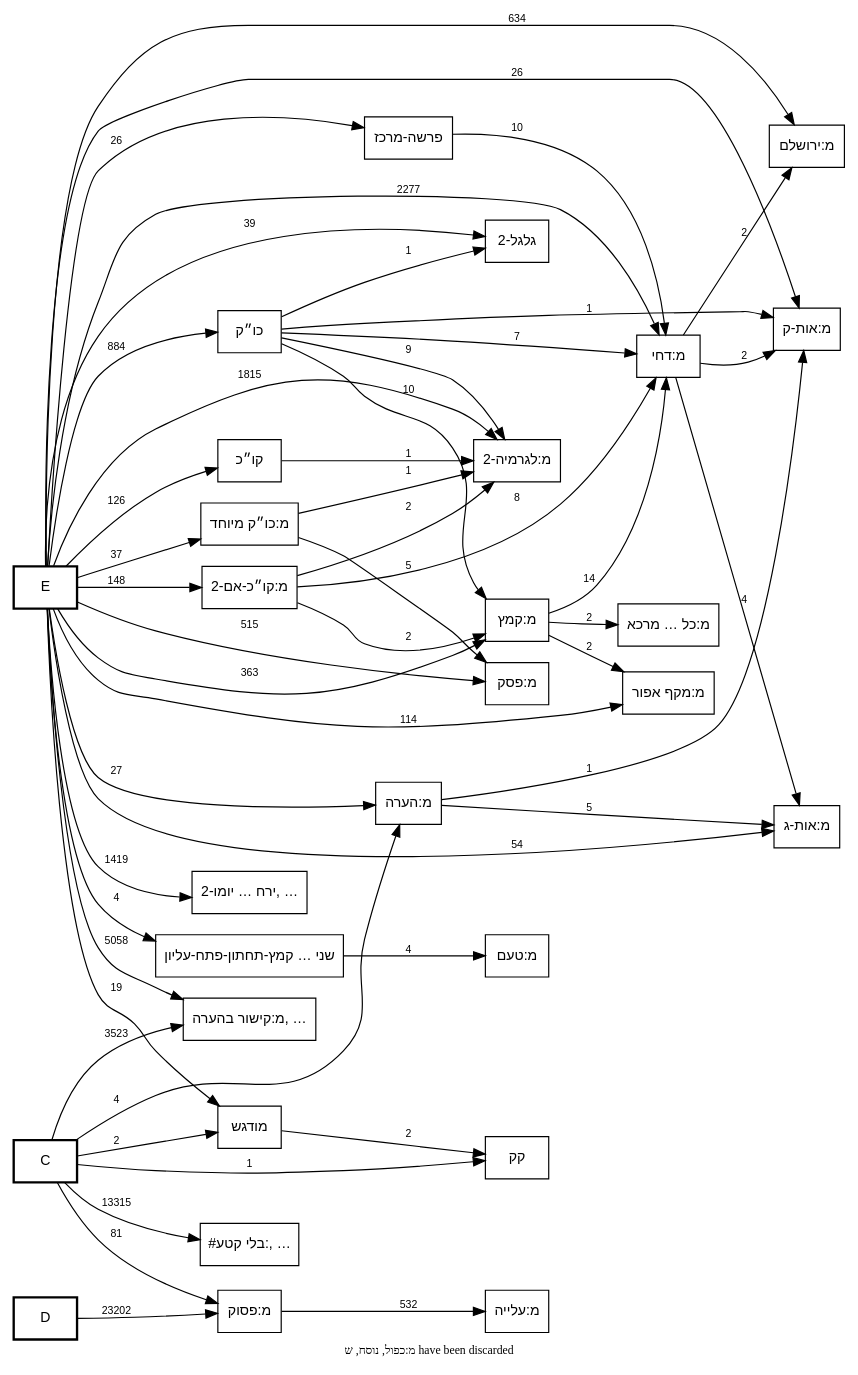
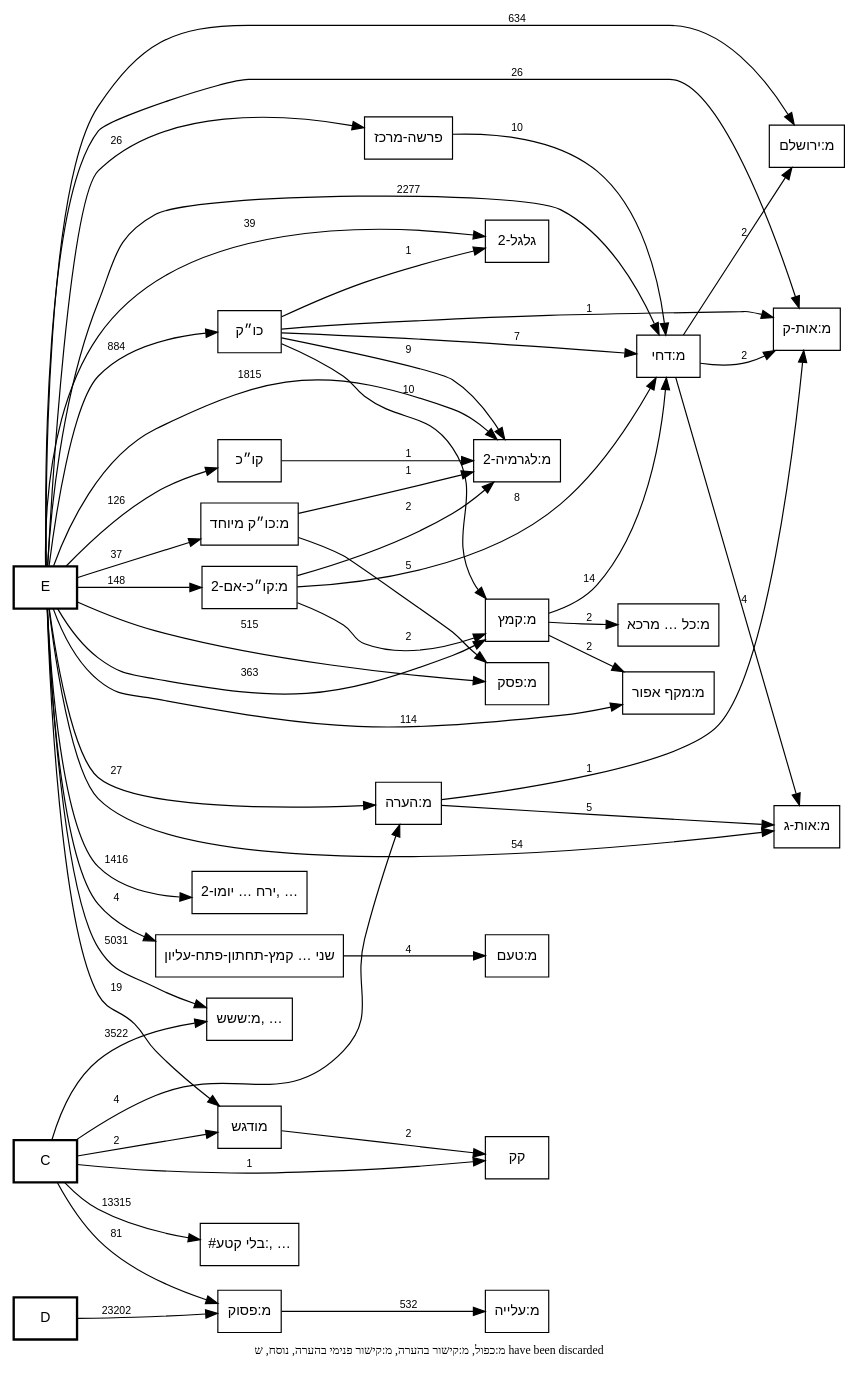
One commit to bdenckla/MAM-basics changed the diagram in out/MAM-tmpl-survey/plain-call-graph.dot. Above: the diagram before and after it, drawn with Graphviz. The commit also changed 5 other files, not shown here.

First line of the commit message:
Refine template-survey graph pruning to strict נוסח arg2-only leaf templates

```diff
--- a/out/MAM-tmpl-survey/plain-call-graph.dot
+++ b/out/MAM-tmpl-survey/plain-call-graph.dot
@@ -1,153 +1,151 @@
 digraph template_call_graph {
     rankdir=LR;
     node [fontname="SBL Hebrew,Helvetica", fontsize=12];
     edge [fontname="Helvetica", fontsize=9];
 
     // Column nodes
     node [shape=box, style=bold];
     "C";
     "D";
     "E";
 
     // Template nodes
     node [shape=box, style=""];
     "#בלי קטע:, …" [tooltip="#בלי קטע:
 #בלי קטע:דברי הימים א טז/טעמים
 #בלי קטע:דברים לב/טעמים
 #בלי קטע:יהושע יב/טעמים
 #בלי קטע:מלכי כנען/צורת השיר
 #בלי קטע:עשרת בני המן/צורת השיר
 #בלי קטע:שופטים ה/טעמים
 #בלי קטע:שירת אסף/צורת השיר
 #בלי קטע:שירת דבורה/צורת השיר
 #בלי קטע:שירת דוד/צורת השיר
 #בלי קטע:שירת האזינו/צורת השיר
 #בלי קטע:שירת הים/צורת השיר
 #בלי קטע:שירת העתים/צורת השיר
 #בלי קטע:שמואל ב כב/טעמים
 #בלי קטע:שמות טו/טעמים
 #קטע:אסתר ט/טעמים
 #קטע:דברי הימים א טז/טעמים
 #קטע:דברים לב/טעמים
 #קטע:יהושע יב/טעמים
 #קטע:מלכי כנען/צורות נוספות
 #קטע:מלכי כנען/צורת השיר
 #קטע:עשרת בני המן/צורות נוספות
 #קטע:עשרת בני המן/צורת השיר
 #קטע:עשרת הדברות בסיס/טעמים
 #קטע:עשרת הדברות/טעמים
 #קטע:קהלת ג/טעמים
 #קטע:שירת אסף/צורות נוספות
 #קטע:שירת אסף/צורת השיר
 #קטע:שירת דבורה/צורות נוספות
 #קטע:שירת דבורה/צורת השיר
 #קטע:שירת דוד/צורות נוספות
 #קטע:שירת דוד/צורת השיר
 #קטע:שירת האזינו/צורות נוספות
 #קטע:שירת האזינו/צורת השיר
 #קטע:שירת הים/צורות נוספות
 #קטע:שירת הים/צורת השיר
 #קטע:שירת העתים/צורות נוספות
 #קטע:שירת העתים/צורת השיר
 #קטע:שמות טו/טעמים
 בסיס-משתמש
 טעמי המקרא באינטרנט
 מ:אין פרשה בתחילת פרק
 מ:אין פרשה בתחילת פרק בספרי אמ״ת
 מ:אין רווח של פרשה בתחילת פרשת השבוע
 מ:טעמי המקרא
 מ:טעמי המקרא-סוף
 מ:יישור-בשני-הצדדים
 מ:יישור-בשני-הצדדים-סוף
 מ:סיום בטוב
 מ:ספר חדש
 מ:רווח בתרי עשר
 מ:רווח בתרי עשר בפסוק הראשון
 מ:רווח לספר בתהלים
 מ:רווח לספר בתהלים בפסוק הראשון
 מ:שוליים
 מ:שוליים-סוף
 ניווט טעמים
 עוגן בשורה
 צורות כתיבה בספרי אמ״ת
 ר4"];
     "ירח … יומו-2, …" [tooltip="ירח בן יומו-2
 כתיב ולא קרי
 מ:אות מנוקדת
 מ:אות תלויה
 מ:גרש ותלישא גדולה
 מ:גרשיים ותלישא גדולה
 מ:טעם ומתג באות אחת
 מ:ירושלמה
 מ:נו״ן הפוכה
 מ:צינור
-מ:קישור פנימי בהערה
 קרי ולא כתיב
 ר0
 ר2
 ר3
 רווח בסוף שורה"];
     "מ:כל קמץ קטן מרכא" [label="מ:כל … מרכא", tooltip="מ:כל קמץ קטן מרכא"];
-    "מ:קישור בהערה, …" [tooltip="מ:קישור בהערה
-מ:ששש
+    "מ:ששש, …" [tooltip="מ:ששש
 סס
 ססס
 פפ
 פפפ
 ר1"];
     "שני טעמים באות אחת קמץ-תחתון-פתח-עליון" [label="שני … קמץ-תחתון-פתח-עליון", tooltip="שני טעמים באות אחת קמץ-תחתון-פתח-עליון"];
 
     // Note
-    graph [label="מ:כפול, נוסח, ש have been discarded", labelloc=b, fontsize=10];
+    graph [label="מ:כפול, מ:קישור בהערה, מ:קישור פנימי בהערה, נוסח, ש have been discarded", labelloc=b, fontsize=10];
 
     // Edges
     "C" -> "#בלי קטע:, …" [label="13315"];
     "C" -> "מ:הערה" [label="4"];
     "C" -> "מ:פסוק" [label="81"];
-    "C" -> "מ:קישור בהערה, …" [label="3523"];
+    "C" -> "מ:ששש, …" [label="3522"];
     "C" -> "מודגש" [label="2"];
     "C" -> "קק" [label="1"];
     "D" -> "מ:פסוק" [label="23202"];
     "E" -> "גלגל-2" [label="39"];
-    "E" -> "ירח … יומו-2, …" [label="1419"];
+    "E" -> "ירח … יומו-2, …" [label="1416"];
     "E" -> "כו״ק" [label="884"];
     "E" -> "מ:אות-ג" [label="54"];
     "E" -> "מ:אות-ק" [label="26"];
     "E" -> "מ:דחי" [label="2277"];
     "E" -> "מ:הערה" [label="27"];
     "E" -> "מ:ירושלם" [label="634"];
     "E" -> "מ:כו״ק מיוחד" [label="37"];
     "E" -> "מ:לגרמיה-2" [label="1815"];
     "E" -> "מ:מקף אפור" [label="114"];
     "E" -> "מ:פסק" [label="515"];
     "E" -> "מ:קו״כ-אם-2" [label="148"];
-    "E" -> "מ:קישור בהערה, …" [label="5058"];
     "E" -> "מ:קמץ" [label="363"];
+    "E" -> "מ:ששש, …" [label="5031"];
     "E" -> "מודגש" [label="19"];
     "E" -> "פרשה-מרכז" [label="26"];
     "E" -> "קו״כ" [label="126"];
     "E" -> "שני טעמים באות אחת קמץ-תחתון-פתח-עליון" [label="4"];
     "כו״ק" -> "גלגל-2" [label="1"];
     "כו״ק" -> "מ:אות-ק" [label="1"];
     "כו״ק" -> "מ:דחי" [label="7"];
     "כו״ק" -> "מ:לגרמיה-2" [label="9"];
     "כו״ק" -> "מ:קמץ" [label="10"];
     "מ:דחי" -> "מ:אות-ג" [label="4"];
     "מ:דחי" -> "מ:אות-ק" [label="2"];
     "מ:דחי" -> "מ:ירושלם" [label="2"];
     "מ:הערה" -> "מ:אות-ג" [label="5"];
     "מ:הערה" -> "מ:אות-ק" [label="1"];
     "מ:כו״ק מיוחד" -> "מ:לגרמיה-2" [label="1"];
     "מ:כו״ק מיוחד" -> "מ:פסק" [label="5"];
     "מ:פסוק" -> "מ:עלייה" [label="532"];
     "מ:קו״כ-אם-2" -> "מ:דחי" [label="8"];
     "מ:קו״כ-אם-2" -> "מ:לגרמיה-2" [label="2"];
     "מ:קו״כ-אם-2" -> "מ:קמץ" [label="2"];
     "מ:קמץ" -> "מ:דחי" [label="14"];
     "מ:קמץ" -> "מ:כל קמץ קטן מרכא" [label="2"];
     "מ:קמץ" -> "מ:מקף אפור" [label="2"];
     "מודגש" -> "קק" [label="2"];
     "פרשה-מרכז" -> "מ:דחי" [label="10"];
     "קו״כ" -> "מ:לגרמיה-2" [label="1"];
     "שני טעמים באות אחת קמץ-תחתון-פתח-עליון" -> "מ:טעם" [label="4"];
 }
```
